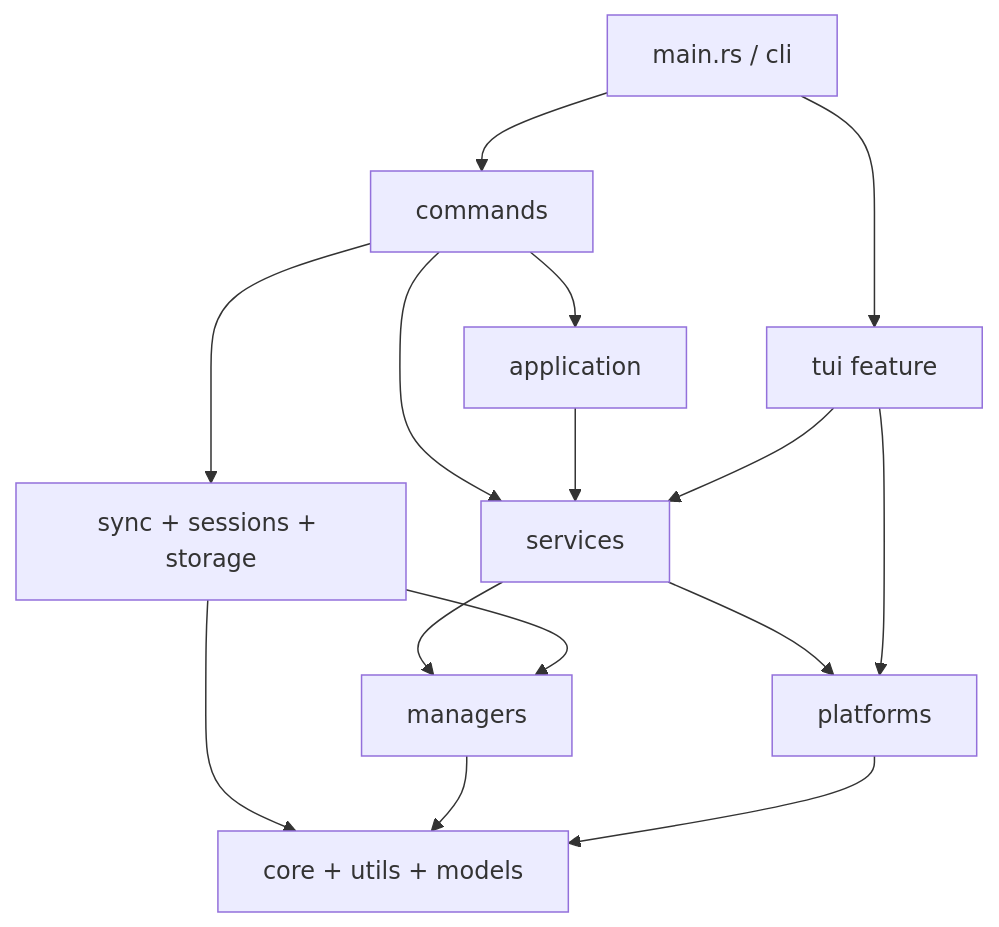
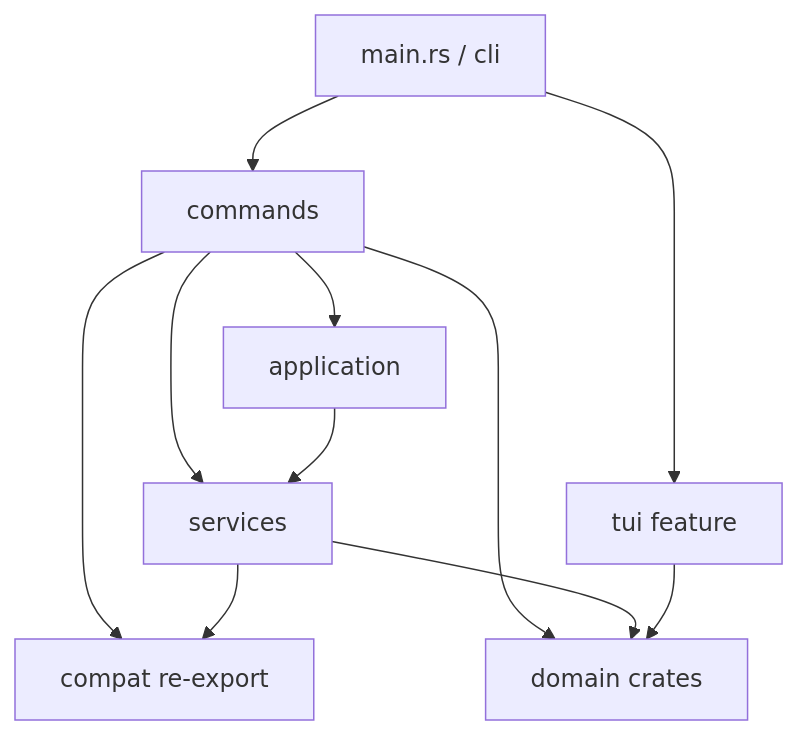
Before and after one commit to bahayonghang/ccr: the second of 2 diagrams in docs/reference/architecture.md, drawn with Mermaid. The commit also changed other lines of this file and 89 other files, not shown here.

````diff
--- a/docs/reference/architecture.md
+++ b/docs/reference/architecture.md
@@ -69,27 +77,21 @@
 ```mermaid
 flowchart TD
   Entry[main.rs / cli]
   Cmd[commands]
   App[application]
   Svc[services]
-  Mgr[managers]
-  Sync[sync + sessions + storage]
-  Plat[platforms]
-  Base[core + utils + models]
+  Compat[compat re-export]
+  Domain[domain crates]
   Tui[tui feature]
 
   Entry --> Cmd
   Entry --> Tui
   Cmd --> App
   Cmd --> Svc
-  Cmd --> Sync
+  Cmd --> Compat
+  Cmd --> Domain
   App --> Svc
-  Svc --> Mgr
-  Svc --> Plat
-  Sync --> Mgr
-  Sync --> Base
-  Mgr --> Base
-  Plat --> Base
-  Tui --> Svc
-  Tui --> Plat
+  Svc --> Compat
+  Svc --> Domain
+  Tui --> Domain
 ```
````
